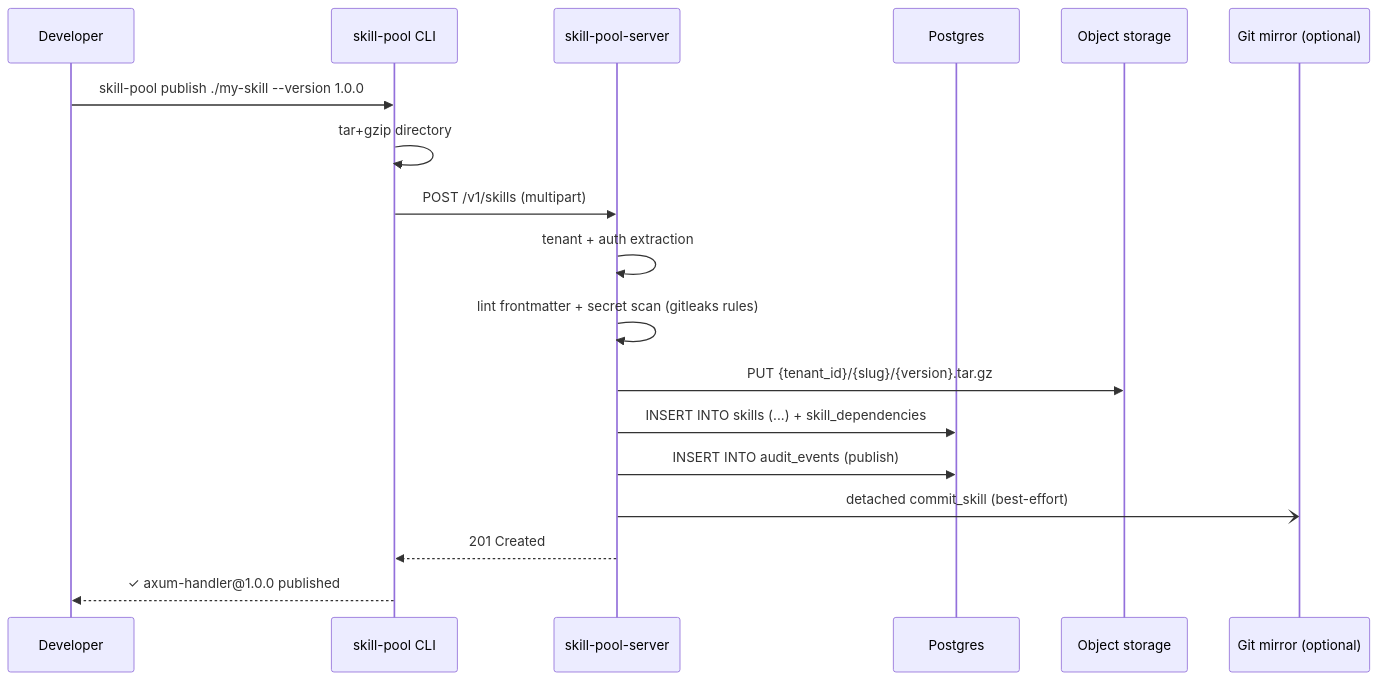
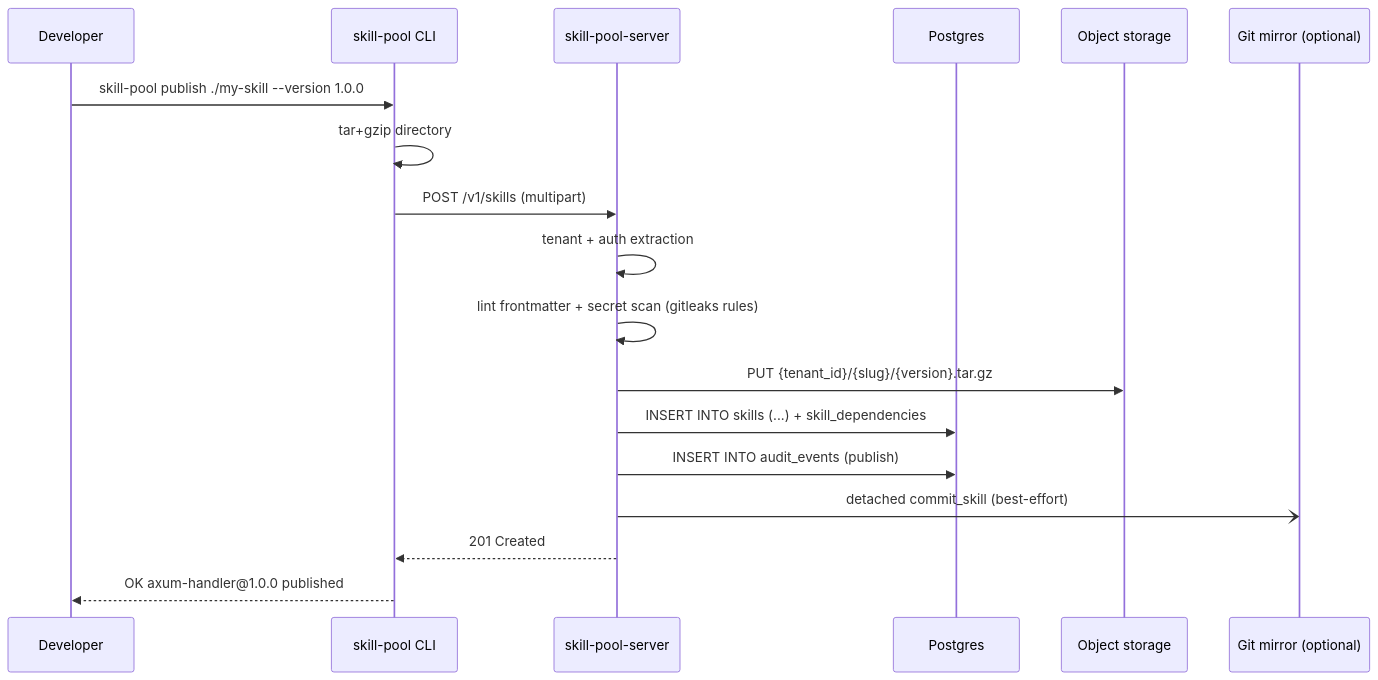
One commit to olafkfreund/skill_pool changed the second of 4 diagrams in docs/wiki/Architecture.md. Above: the diagram before and after it, drawn with Mermaid. The commit also changed other lines of this file and 17 other files, not shown here.

````diff
--- a/docs/wiki/Architecture.md
+++ b/docs/wiki/Architecture.md
@@ -97,21 +97,21 @@
 ```mermaid
 sequenceDiagram
     participant Dev as Developer
     participant CLI as skill-pool CLI
     participant Srv as skill-pool-server
     participant PG as Postgres
     participant OS as Object storage
     participant Git as Git mirror (optional)
 
     Dev->>CLI: skill-pool publish ./my-skill --version 1.0.0
     CLI->>CLI: tar+gzip directory
     CLI->>Srv: POST /v1/skills (multipart)
     Srv->>Srv: tenant + auth extraction
     Srv->>Srv: lint frontmatter + secret scan (gitleaks rules)
     Srv->>OS: PUT {tenant_id}/{slug}/{version}.tar.gz
     Srv->>PG: INSERT INTO skills (...) + skill_dependencies
     Srv->>PG: INSERT INTO audit_events (publish)
     Srv-)Git: detached commit_skill (best-effort)
     Srv-->>CLI: 201 Created
-    CLI-->>Dev: ✓ axum-handler@1.0.0 published
+    CLI-->>Dev: OK axum-handler@1.0.0 published
 ```
````
